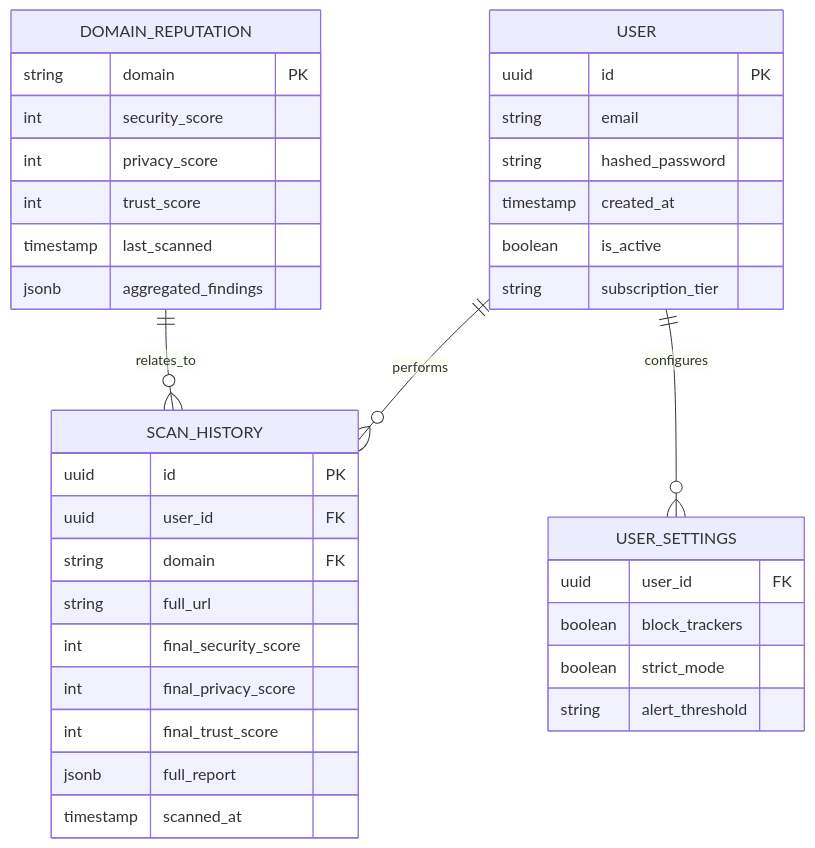
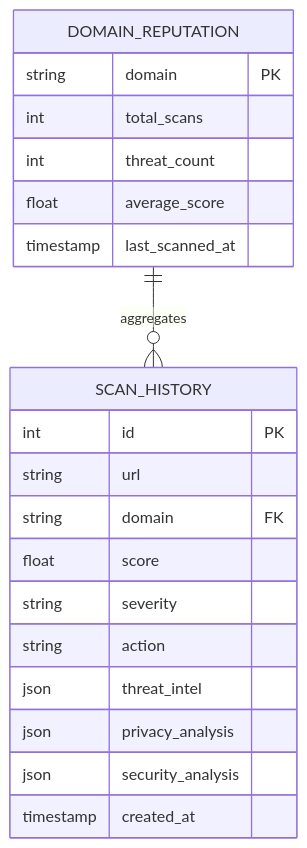
One commit to rajas2007/SiteSentry changed the diagram in dev/13_DATABASE_DESIGN.md. Above: the diagram before and after it, drawn with Mermaid. The commit also changed other lines of this file and 41 other files, not shown here.

Commit message:
docs(architecture): overhaul security specifications, contracts, and ADRs

````diff
--- a/dev/13_DATABASE_DESIGN.md
+++ b/dev/13_DATABASE_DESIGN.md
@@ -8,42 +21,24 @@
 ```mermaid
 erDiagram
-    USER ||--o{ SCAN_HISTORY : performs
-    USER ||--o{ USER_SETTINGS : configures
-    USER {
-        uuid id PK
-        string email
-        string hashed_password
-        timestamp created_at
-        boolean is_active
-        string subscription_tier
-    }
-
-    USER_SETTINGS {
-        uuid user_id FK
-        boolean block_trackers
-        boolean strict_mode
-        string alert_threshold
-    }
-
-    DOMAIN_REPUTATION ||--o{ SCAN_HISTORY : relates_to
+    DOMAIN_REPUTATION ||--o{ SCAN_HISTORY : aggregates
     DOMAIN_REPUTATION {
         string domain PK
-        int security_score
-        int privacy_score
-        int trust_score
-        timestamp last_scanned
-        jsonb aggregated_findings
+        int total_scans
+        int threat_count
+        float average_score
+        timestamp last_scanned_at
     }
 
     SCAN_HISTORY {
-        uuid id PK
-        uuid user_id FK
+        int id PK
+        string url
         string domain FK
-        string full_url
-        int final_security_score
-        int final_privacy_score
-        int final_trust_score
-        jsonb full_report
-        timestamp scanned_at
+        float score
+        string severity
+        string action
+        json threat_intel
+        json privacy_analysis
+        json security_analysis
+        timestamp created_at
     }
 ```
````
